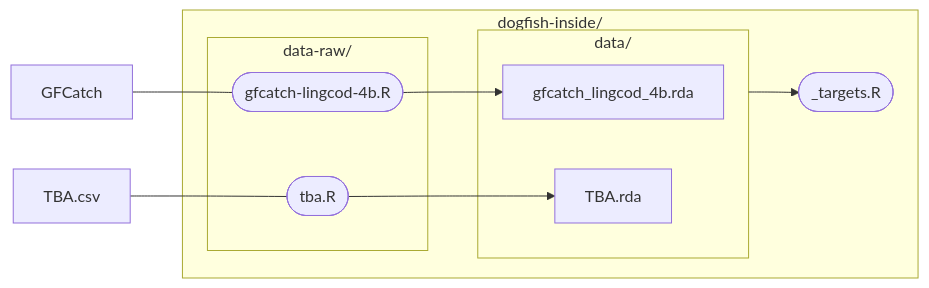
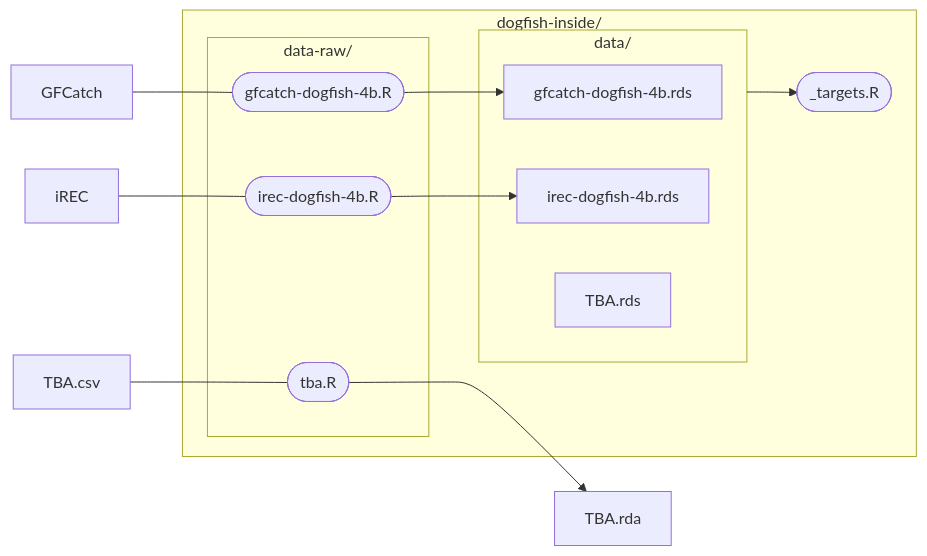
One commit to pbs-assess/dogfish-inside changed the diagram in README.Rmd. Above: the diagram before and after it, drawn with Mermaid. The commit also changed 1 other file, not shown here.

Commit message:
updated mermaid flowchart

````diff
--- a/README.Rmd
+++ b/README.Rmd
@@ -41,18 +41,21 @@
 ```{mermaid} 
 flowchart LR
   subgraph dogfish-inside/
     _targets.R(["_targets.R"])
     subgraph data-raw/
-      gfcatch-lingcod-4b.R(["gfcatch-lingcod-4b.R"])
+      gfcatch-dogfish-4b.R(["gfcatch-dogfish-4b.R"])
+      irec-dogfish-4b.R(["irec-dogfish-4b.R"])
       tba.R(["tba.R"])
     end
     subgraph data/
-      gfcatch_lingcod_4b.rda
-      TBA.rda
+      gfcatch-dogfish-4b.rds
+      irec-dogfish-4b.rds
+      TBA.rds
     end
   end
   data/-->_targets.R
-  GFCatch---gfcatch-lingcod-4b.R-->gfcatch_lingcod_4b.rda
+  GFCatch---gfcatch-dogfish-4b.R-->gfcatch-dogfish-4b.rds
+  iREC---irec-dogfish-4b.R-->irec-dogfish-4b.rds
   TBA.csv---tba.R-->TBA.rda
 
 ```
````
